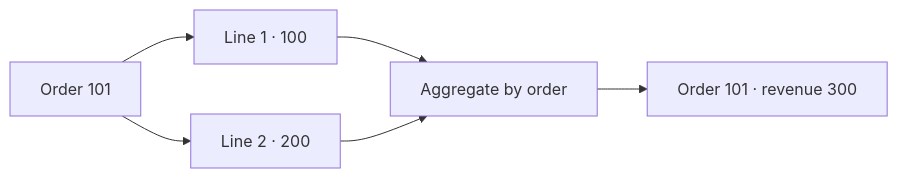
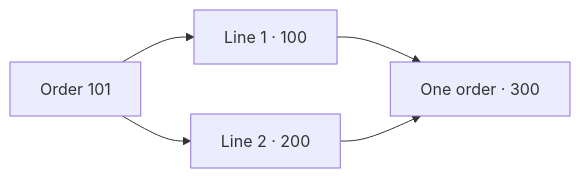
One commit to OrPerets/postgres-data-engineering-student changed the second of 4 diagrams in docs/gitbook/labs/01-window-functions.md. Above: the diagram before and after it, drawn with Mermaid. The commit also changed other lines of this file and 9 other files, not shown here.

````diff
--- a/docs/gitbook/labs/01-window-functions.md
+++ b/docs/gitbook/labs/01-window-functions.md
@@ -37,8 +19,7 @@
 ```mermaid
 flowchart LR
-    O["Order 101"] --> L1["Line 1 · 100"]
-    O --> L2["Line 2 · 200"]
-    L1 --> S["Aggregate by order"]
-    L2 --> S
-    S --> R["Order 101 · revenue 300"]
+    O["Order 101"] --> A["Line 1 · 100"]
+    O --> B["Line 2 · 200"]
+    A --> C["One order · 300"]
+    B --> C
 ```
````
